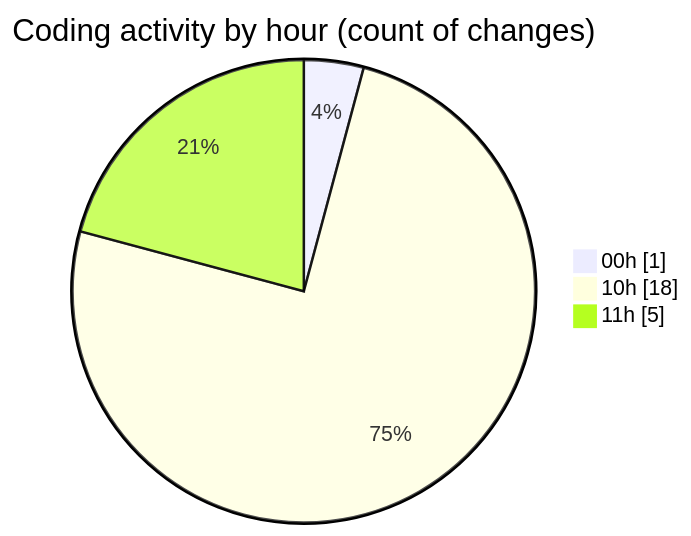
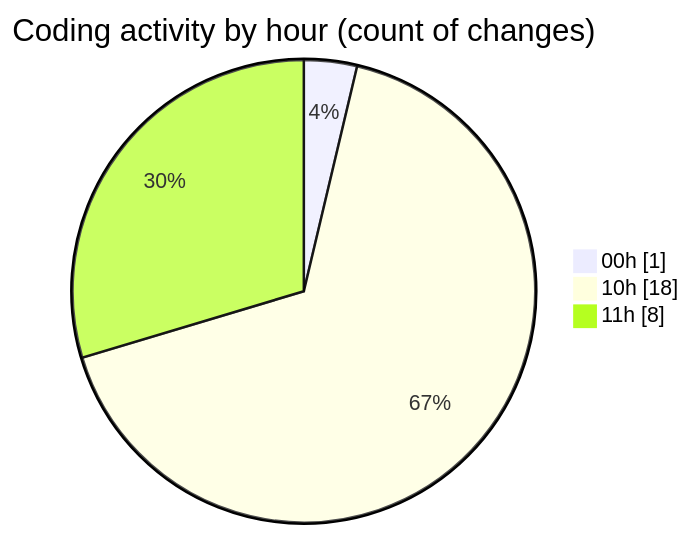
Before and after one commit to Ritupan-Deka/code-tracking: the second of 2 diagrams in 2025-07-08/urlwebwala_intership_work/README.md, drawn with Mermaid. The commit also changed other lines of this file and 1 other file, not shown here.

````diff
--- a/2025-07-08/urlwebwala_intership_work/README.md
+++ b/2025-07-08/urlwebwala_intership_work/README.md
@@ -30,7 +30,7 @@
 ```mermaid
 pie showData
 title Coding activity by hour (count of changes)
 "00h" : 1
 "10h" : 18
-"11h" : 5
+"11h" : 8
 ```
````
